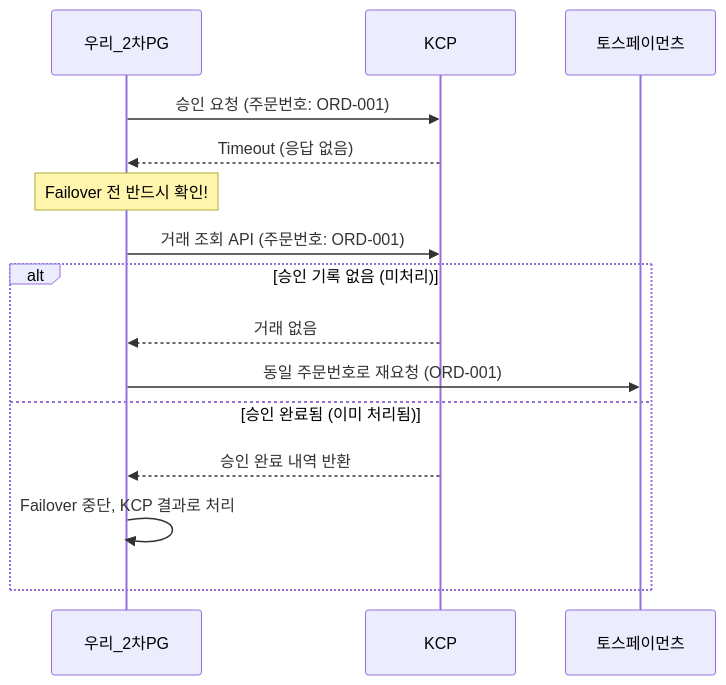
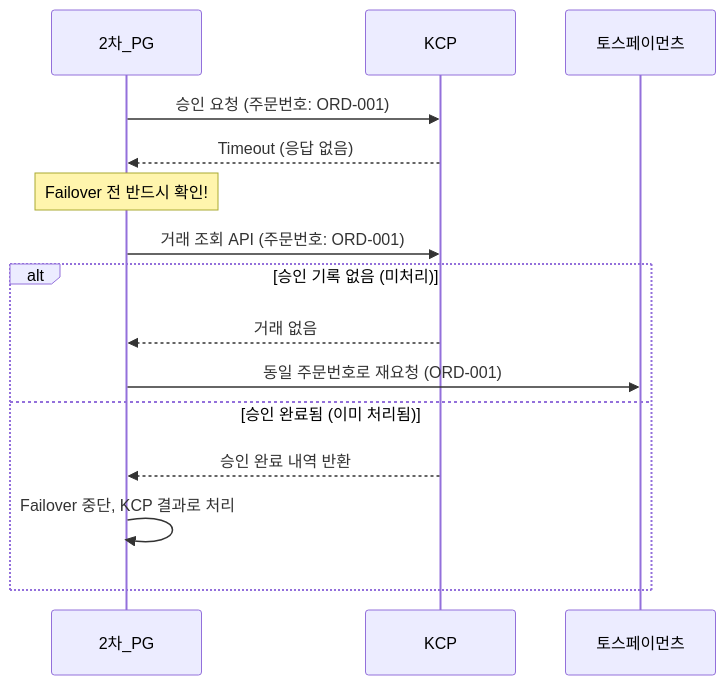
One commit to sweetpark/sweetpark.github.io changed the fifth of 25 diagrams in content/AI 도구/PG 교육자료/[AI] 2차 PG 백엔드 개발자 교육 문서 - 핵심 개념 및 특징 정리.md. Above: the diagram before and after it, drawn with Mermaid. The commit also changed other lines of this file and 40 other files, not shown here.

````diff
--- a/content/AI 도구/PG 교육자료/[AI] 2차 PG 백엔드 개발자 교육 문서 - 핵심 개념 및 특징 정리.md
+++ b/content/AI 도구/PG 교육자료/[AI] 2차 PG 백엔드 개발자 교육 문서 - 핵심 개념 및 특징 정리.md
@@ -264,20 +264,20 @@
 ```mermaid
 sequenceDiagram
-    participant 우리_2차PG
+    participant 2차_PG
     participant KCP
     participant 토스페이먼츠
 
-    우리_2차PG->>KCP: 승인 요청 (주문번호: ORD-001)
-    KCP-->>우리_2차PG: Timeout (응답 없음)
+    2차_PG->>KCP: 승인 요청 (주문번호: ORD-001)
+    KCP-->>2차_PG: Timeout (응답 없음)
 
-    Note over 우리_2차PG: Failover 전 반드시 확인!
-    우리_2차PG->>KCP: 거래 조회 API (주문번호: ORD-001)
+    Note over 2차_PG: Failover 전 반드시 확인!
+    2차_PG->>KCP: 거래 조회 API (주문번호: ORD-001)
 
     alt 승인 기록 없음 (미처리)
-        KCP-->>우리_2차PG: 거래 없음
-        우리_2차PG->>토스페이먼츠: 동일 주문번호로 재요청 (ORD-001)
+        KCP-->>2차_PG: 거래 없음
+        2차_PG->>토스페이먼츠: 동일 주문번호로 재요청 (ORD-001)
     else 승인 완료됨 (이미 처리됨)
-        KCP-->>우리_2차PG: 승인 완료 내역 반환
-        우리_2차PG->>우리_2차PG: Failover 중단, KCP 결과로 처리
+        KCP-->>2차_PG: 승인 완료 내역 반환
+        2차_PG->>2차_PG: Failover 중단, KCP 결과로 처리
     end
 ```
````
